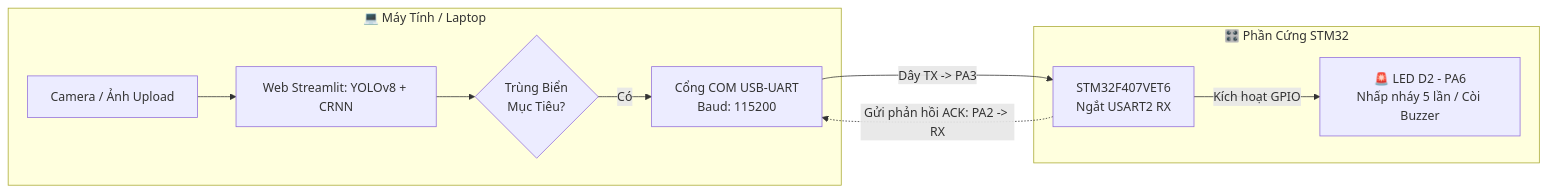
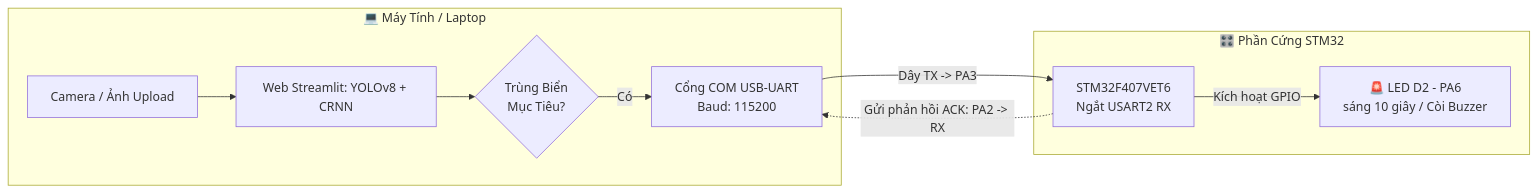
The third of 4 diagrams in README.md (thang0989052585-del/DA_KY_523100182_He_Thong_Nhan_dien_bien_so_xe), drawn with Mermaid before and after one commit. The commit also changed other lines of this file, not shown here.

````diff
--- a/README.md
+++ b/README.md
@@ -206,14 +206,14 @@
 ```mermaid
 flowchart LR
     subgraph Laptop["💻 Máy Tính / Laptop"]
         Cam[Camera / Ảnh Upload] --> AI[Web Streamlit: YOLOv8 + CRNN]
         AI --> Match{Trùng Biển<br/>Mục Tiêu?}
         Match -- Có --> Serial[Cổng COM USB-UART<br/>Baud: 115200]
     end
 
     subgraph Hardware["🎛️ Phần Cứng STM32"]
         Serial -->|Dây TX -> PA3| STM[STM32F407VET6<br/>Ngắt USART2 RX]
-        STM -->|Kích hoạt GPIO| LED[🚨 LED D2 - PA6<br/>Nhấp nháy 5 lần / Còi Buzzer]
+        STM -->|Kích hoạt GPIO| LED[🚨 LED D2 - PA6<br/>sáng 10 giây / Còi Buzzer]
         STM -.->|Gửi phản hồi ACK: PA2 -> RX| Serial
     end
 ```
````
